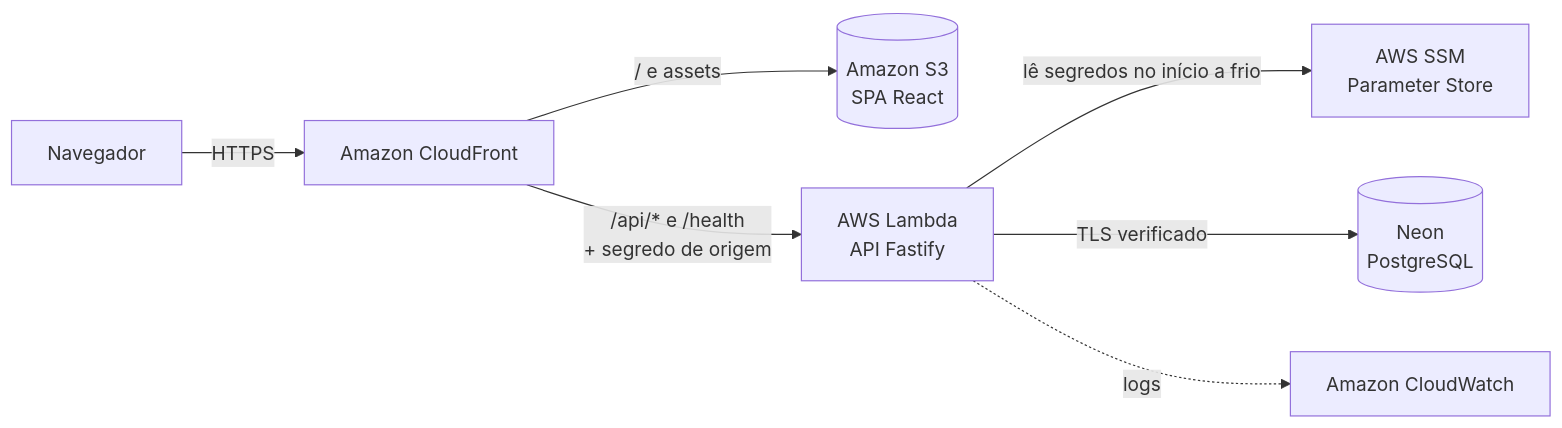
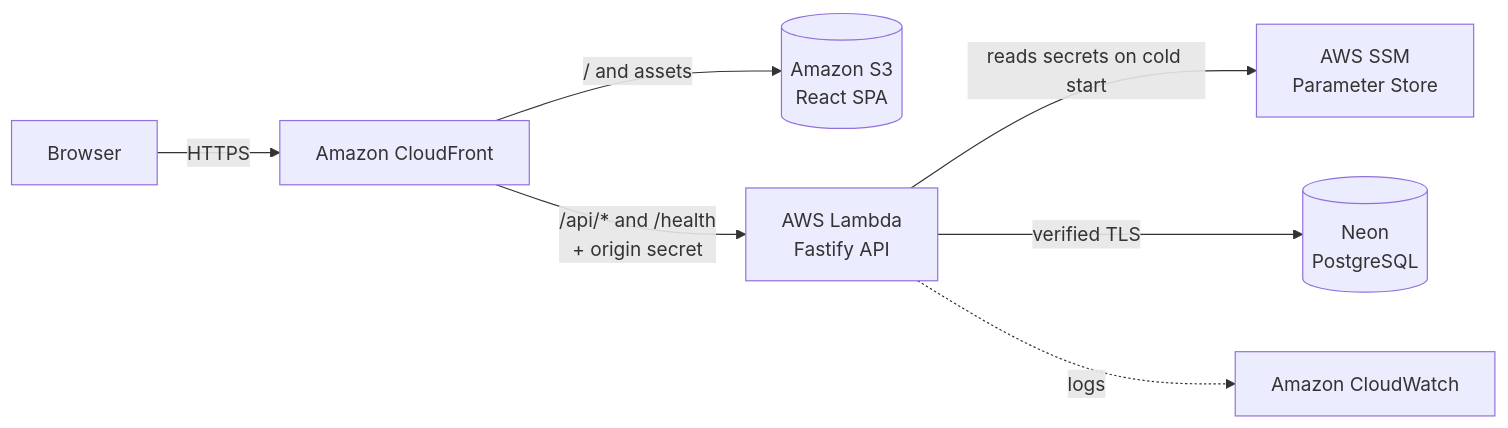
The diagram in README.md (joaolaureano/memorization), drawn with Mermaid before and after one commit. The commit also changed other lines of this file and 2 other files, not shown here.

````diff
--- a/README.md
+++ b/README.md
@@ -51,9 +55,9 @@
 ```mermaid
 flowchart LR
-    U[Navegador] -->|HTTPS| CF[Amazon CloudFront]
-    CF -->|/ e assets| S3[(Amazon S3<br/>SPA React)]
-    CF -->|/api/* e /health<br/>+ segredo de origem| L[AWS Lambda<br/>API Fastify]
-    L -->|lê segredos no início a frio| SSM[AWS SSM<br/>Parameter Store]
-    L -->|TLS verificado| DB[(Neon<br/>PostgreSQL)]
+    U[Browser] -->|HTTPS| CF[Amazon CloudFront]
+    CF -->|/ and assets| S3[(Amazon S3<br/>React SPA)]
+    CF -->|/api/* and /health<br/>+ origin secret| L[AWS Lambda<br/>Fastify API]
+    L -->|reads secrets on cold start| SSM[AWS SSM<br/>Parameter Store]
+    L -->|verified TLS| DB[(Neon<br/>PostgreSQL)]
     L -.->|logs| CW[Amazon CloudWatch]
 ```
````
